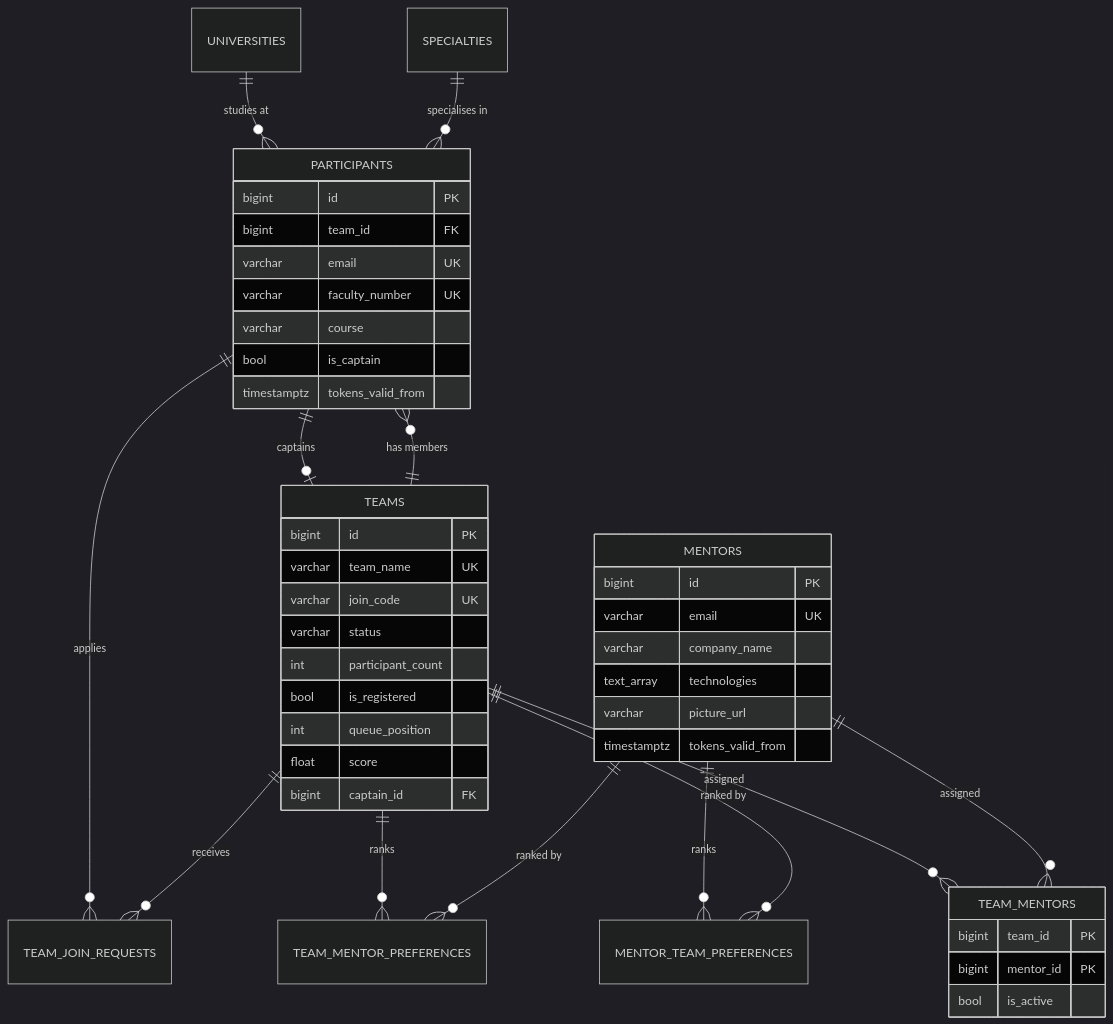
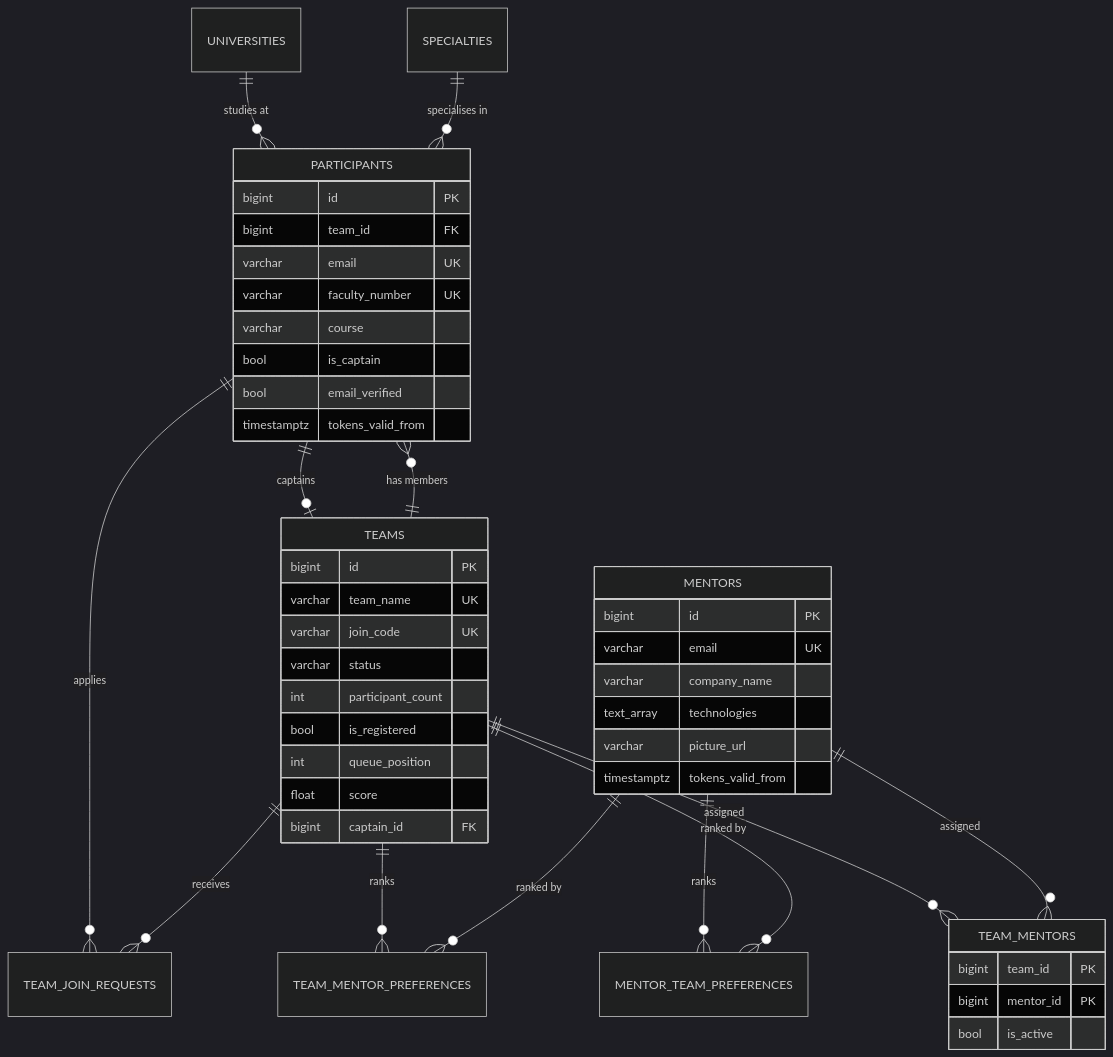
The diagram in docs/data.md (fss-fmi/fmi-codes-website-2026), drawn with Mermaid (dark theme) before and after one commit. The commit also changed other lines of this file and 29 other files, not shown here.

````diff
--- a/docs/data.md
+++ b/docs/data.md
@@ -18,49 +18,50 @@
 ```mermaid
 erDiagram
     UNIVERSITIES ||--o{ PARTICIPANTS : "studies at"
     SPECIALTIES ||--o{ PARTICIPANTS : "specialises in"
     TEAMS ||--o{ PARTICIPANTS : "has members"
     PARTICIPANTS ||--o| TEAMS : "captains"
     PARTICIPANTS ||--o{ TEAM_JOIN_REQUESTS : "applies"
     TEAMS ||--o{ TEAM_JOIN_REQUESTS : "receives"
     TEAMS ||--o{ TEAM_MENTOR_PREFERENCES : "ranks"
     MENTORS ||--o{ TEAM_MENTOR_PREFERENCES : "ranked by"
     MENTORS ||--o{ MENTOR_TEAM_PREFERENCES : "ranks"
     TEAMS ||--o{ MENTOR_TEAM_PREFERENCES : "ranked by"
     TEAMS ||--o{ TEAM_MENTORS : "assigned"
     MENTORS ||--o{ TEAM_MENTORS : "assigned"
 
     TEAMS {
         bigint id PK
         varchar team_name UK
         varchar join_code UK
         varchar status
         int participant_count
         bool is_registered
         int queue_position
         float score
         bigint captain_id FK
     }
     PARTICIPANTS {
         bigint id PK
         bigint team_id FK
         varchar email UK
         varchar faculty_number UK
         varchar course
         bool is_captain
+        bool email_verified
         timestamptz tokens_valid_from
     }
     MENTORS {
         bigint id PK
         varchar email UK
         varchar company_name
         text_array technologies
         varchar picture_url
         timestamptz tokens_valid_from
     }
     TEAM_MENTORS {
         bigint team_id PK
         bigint mentor_id PK
         bool is_active
     }
 ```
````
